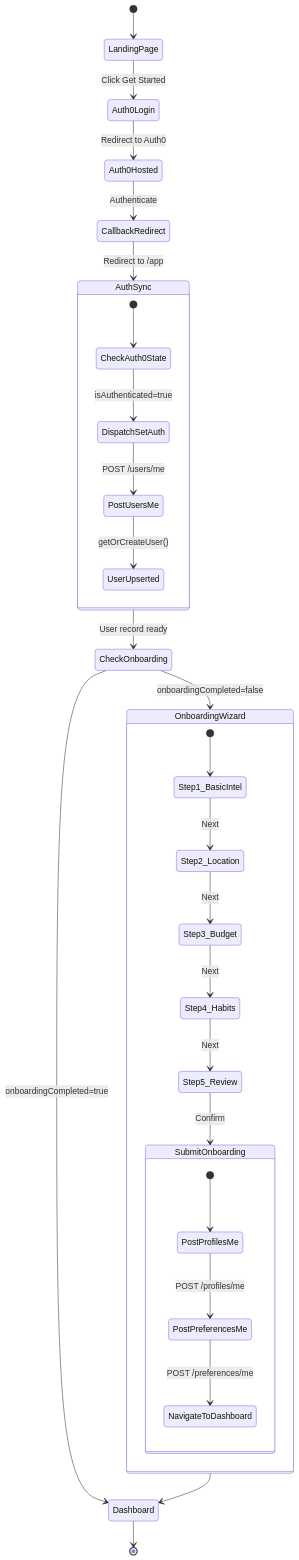
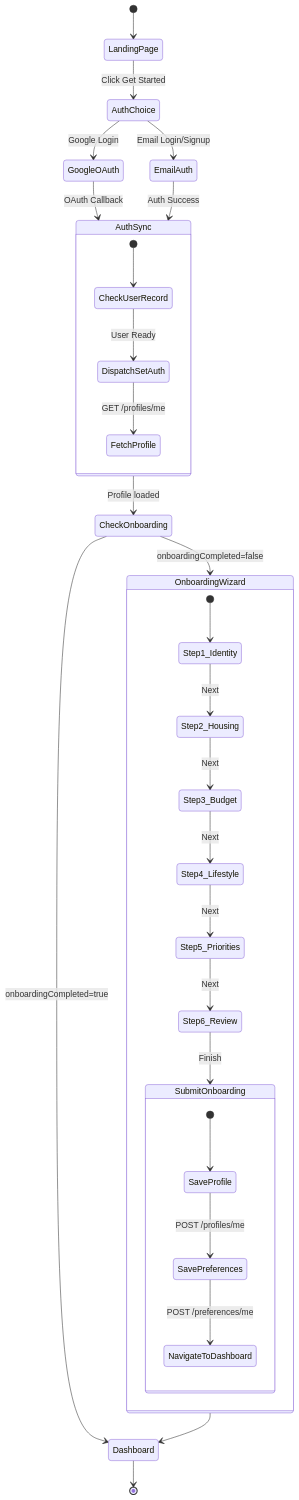
The first of 3 diagrams in docs/diagrams/4_activity_diagrams.md (HardikGenOne/Flately), drawn with Mermaid before and after one commit. The commit also changed other lines of this file and 25 other files, not shown here.

````diff
--- a/docs/diagrams/4_activity_diagrams.md
+++ b/docs/diagrams/4_activity_diagrams.md
@@ -5,38 +5,40 @@
 ```mermaid
 stateDiagram-v2
     [*] --> LandingPage
 
-    LandingPage --> Auth0Login : Click Get Started
-    Auth0Login --> Auth0Hosted : Redirect to Auth0
-    Auth0Hosted --> CallbackRedirect : Authenticate
-    CallbackRedirect --> AuthSync : Redirect to /app
+    LandingPage --> AuthChoice : Click Get Started
+    AuthChoice --> GoogleOAuth : Google Login
+    AuthChoice --> EmailAuth : Email Login/Signup
+    
+    GoogleOAuth --> AuthSync : OAuth Callback
+    EmailAuth --> AuthSync : Auth Success
 
     state AuthSync {
-        [*] --> CheckAuth0State
-        CheckAuth0State --> DispatchSetAuth : isAuthenticated=true
-        DispatchSetAuth --> PostUsersMe : POST /users/me
-        PostUsersMe --> UserUpserted : getOrCreateUser()
+        [*] --> CheckUserRecord
+        CheckUserRecord --> DispatchSetAuth : User Ready
+        DispatchSetAuth --> FetchProfile : GET /profiles/me
     }
 
-    AuthSync --> CheckOnboarding : User record ready
+    AuthSync --> CheckOnboarding : Profile loaded
     CheckOnboarding --> OnboardingWizard : onboardingCompleted=false
     CheckOnboarding --> Dashboard : onboardingCompleted=true
 
     state OnboardingWizard {
-        [*] --> Step1_BasicIntel
-        Step1_BasicIntel --> Step2_Location : Next
-        Step2_Location --> Step3_Budget : Next
-        Step3_Budget --> Step4_Habits : Next
-        Step4_Habits --> Step5_Review : Next
-        Step5_Review --> SubmitOnboarding : Confirm
+        [*] --> Step1_Identity
+        Step1_Identity --> Step2_Housing : Next
+        Step2_Housing --> Step3_Budget : Next
+        Step3_Budget --> Step4_Lifestyle : Next
+        Step4_Lifestyle --> Step5_Priorities : Next
+        Step5_Priorities --> Step6_Review : Next
+        Step6_Review --> SubmitOnboarding : Finish
     }
 
     state SubmitOnboarding {
-        [*] --> PostProfilesMe
-        PostProfilesMe --> PostPreferencesMe : POST /profiles/me
-        PostPreferencesMe --> NavigateToDashboard : POST /preferences/me
+        [*] --> SaveProfile
+        SaveProfile --> SavePreferences : POST /profiles/me
+        SavePreferences --> NavigateToDashboard : POST /preferences/me
     }
 
     OnboardingWizard --> Dashboard
     Dashboard --> [*]
 ```
````
